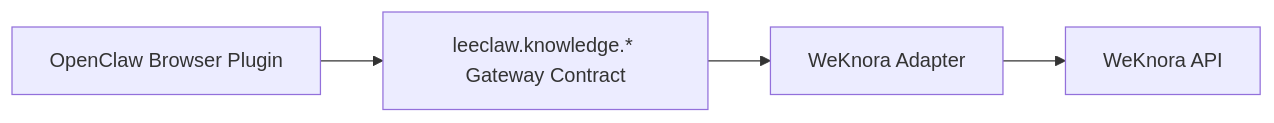
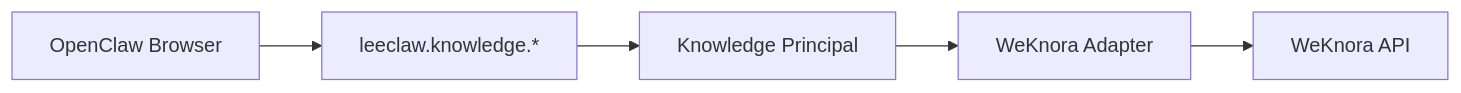
One commit to superbuzzy/Weknora-Semantica changed the second of 3 diagrams in cobra-knowledge/ARCHITECTURE.md. Above: the diagram before and after it, drawn with Mermaid. The commit also changed other lines of this file and 43 other files, not shown here.

First line of the commit message:
LeeClaw v0.6 — OpenClaw 单一账号 + Identity-aware Memory

````diff
--- a/cobra-knowledge/ARCHITECTURE.md
+++ b/cobra-knowledge/ARCHITECTURE.md
@@ -64,9 +119,10 @@
 ```mermaid
 flowchart LR
-    B[OpenClaw Browser Plugin]
-    G[leeclaw.knowledge.* Gateway Contract]
+    B[OpenClaw Browser]
+    G[leeclaw.knowledge.*]
+    P[Knowledge Principal]
     A[WeKnora Adapter]
     W[WeKnora API]
 
-    B --> G --> A --> W
+    B --> G --> P --> A --> W
 ```
````
